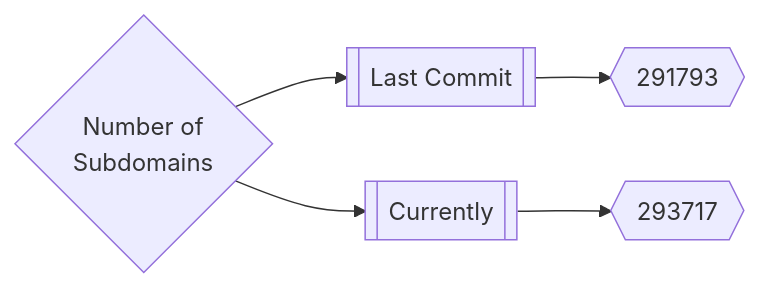
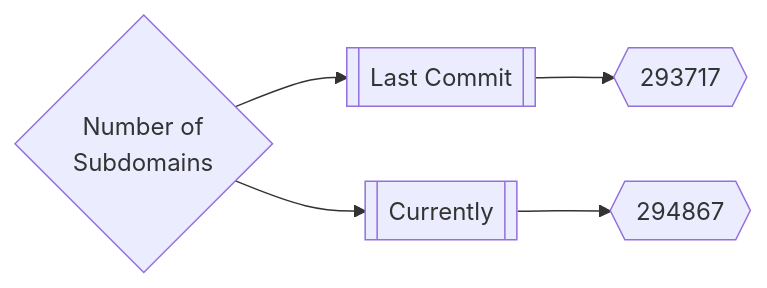
Before and after one commit to trickest/inventory: the first of 3 diagrams in README.md, drawn with Mermaid. The commit also changed other lines of this file, not shown here.

Commit message:
Update Mon May  2 15:02:10 UTC 2022

````diff
--- a/README.md
+++ b/README.md
@@ -165,5 +165,5 @@
 ```mermaid
 graph LR
-title{Number of<br>Subdomains} --> subdomainsDate1[[Last Commit]] --> subdomainsNum1{{291793}}
-title --> subdomainsDate2[[Currently]] --> subdomainsNum2{{293717}}
+title{Number of<br>Subdomains} --> subdomainsDate1[[Last Commit]] --> subdomainsNum1{{293717}}
+title --> subdomainsDate2[[Currently]] --> subdomainsNum2{{294867}}
 ```
````
